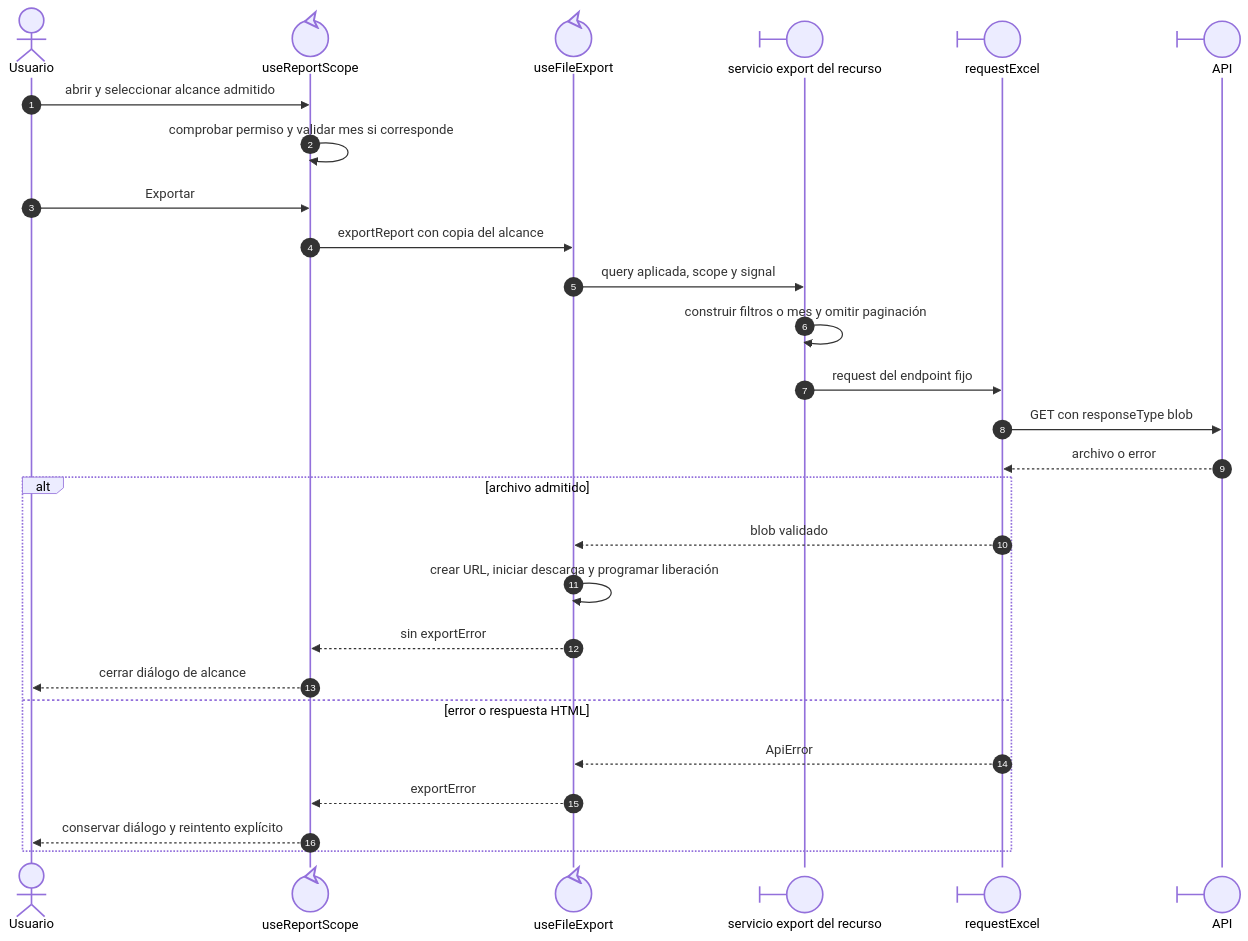
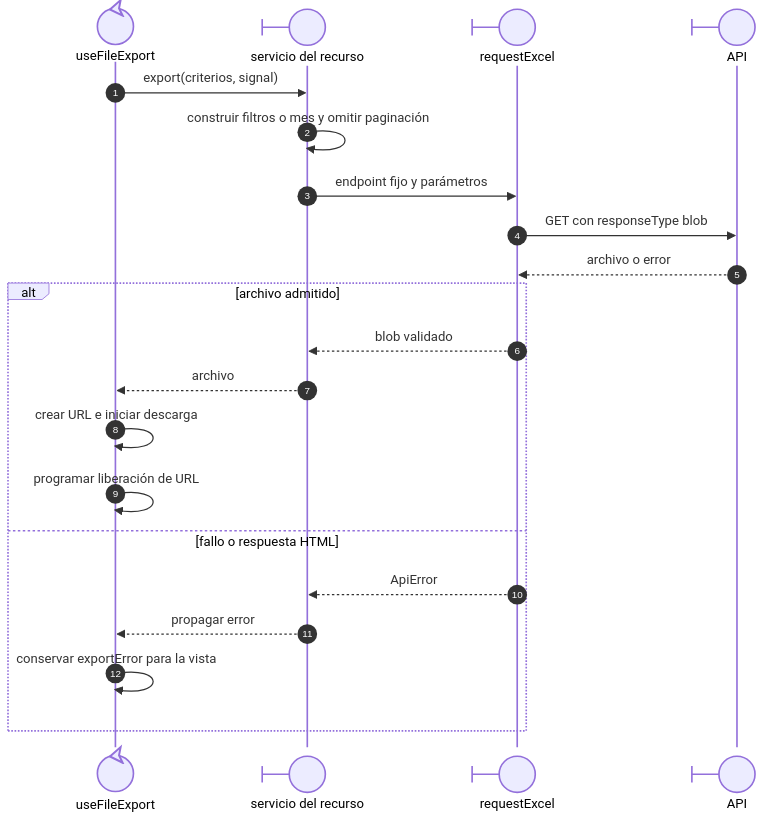
One commit to gpgsistemas01/nexus changed the second of 2 diagrams in front/docs/architecture/views/processes/08-movements-and-reports/02-reports.md. Above: the diagram before and after it, drawn with Mermaid. The commit also changed other lines of this file and 175 other files, not shown here.

````diff
--- a/front/docs/architecture/views/processes/08-movements-and-reports/02-reports.md
+++ b/front/docs/architecture/views/processes/08-movements-and-reports/02-reports.md
@@ -15,29 +51,23 @@
 ```mermaid
 sequenceDiagram
     autonumber
-    actor Usuario
-    participant Scope@{ "type": "control" } as useReportScope
     participant Export@{ "type": "control" } as useFileExport
-    participant Service@{ "type": "boundary" } as servicio export del recurso
+    participant Service@{ "type": "boundary" } as servicio del recurso
     participant Excel@{ "type": "boundary" } as requestExcel
     participant API@{ "type": "boundary" } as API
-    Usuario->>Scope: abrir y seleccionar alcance admitido
-    Scope->>Scope: comprobar permiso y validar mes si corresponde
-    Usuario->>Scope: Exportar
-    Scope->>Export: exportReport con copia del alcance
-    Export->>Service: query aplicada, scope y signal
+    Export->>Service: export(criterios, signal)
     Service->>Service: construir filtros o mes y omitir paginación
-    Service->>Excel: request del endpoint fijo
+    Service->>Excel: endpoint fijo y parámetros
     Excel->>API: GET con responseType blob
     API-->>Excel: archivo o error
     alt archivo admitido
-        Excel-->>Export: blob validado
-        Export->>Export: crear URL, iniciar descarga y programar liberación
-        Export-->>Scope: sin exportError
-        Scope-->>Usuario: cerrar diálogo de alcance
-    else error o respuesta HTML
-        Excel-->>Export: ApiError
-        Export-->>Scope: exportError
-        Scope-->>Usuario: conservar diálogo y reintento explícito
+        Excel-->>Service: blob validado
+        Service-->>Export: archivo
+        Export->>Export: crear URL e iniciar descarga
+        Export->>Export: programar liberación de URL
+    else fallo o respuesta HTML
+        Excel-->>Service: ApiError
+        Service-->>Export: propagar error
+        Export->>Export: conservar exportError para la vista
     end
 ```
````
